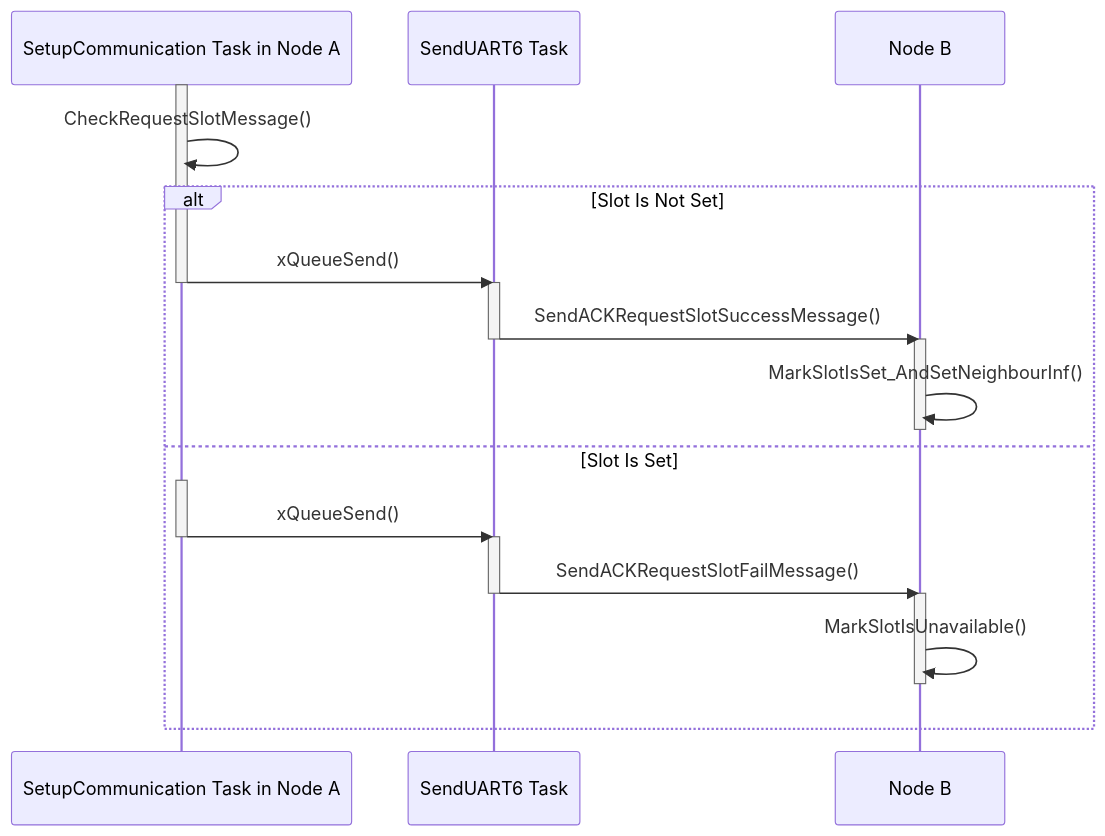
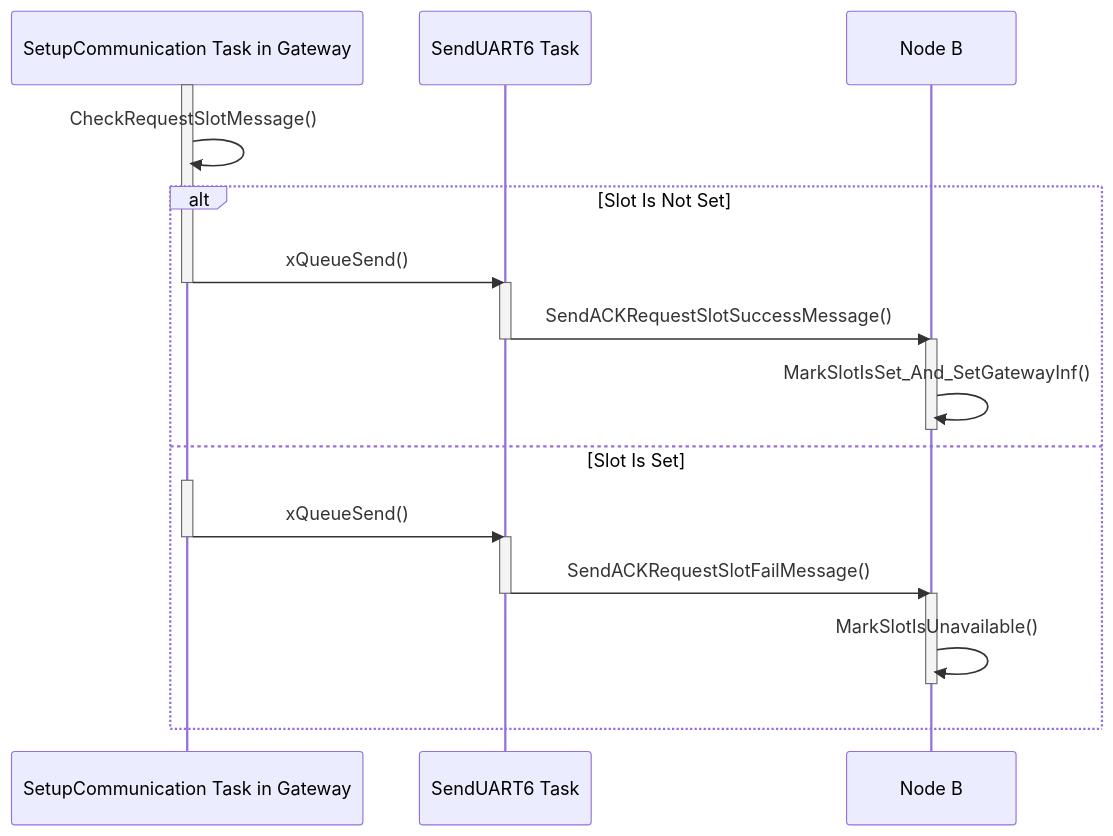
The third of 4 diagrams in ReadMe/task_setup_communication.md (NguyenHoangTrieu/PROJECT01), drawn with Mermaid before and after one commit. The commit also changed other lines of this file and 3 other files, not shown here.

````diff
--- a/ReadMe/task_setup_communication.md
+++ b/ReadMe/task_setup_communication.md
@@ -56,28 +56,28 @@
 ```mermaid
 sequenceDiagram
-    participant Setup as SetupCommunication Task in Node A
+    participant Setup as SetupCommunication Task in Gateway
     participant Send as SendUART6 Task
     participant NodeB as Node B
     activate Setup
     Setup ->> Setup: CheckRequestSlotMessage()
     alt Slot Is Not Set
         Setup ->> Send: xQueueSend()
         deactivate Setup
         activate Send
         Send ->> NodeB: SendACKRequestSlotSuccessMessage()
         deactivate Send
         activate NodeB
-        NodeB ->> NodeB: MarkSlotIsSet_AndSetNeighbourInf()
+        NodeB ->> NodeB: MarkSlotIsSet_And_SetGatewayInf()
         deactivate NodeB
     else Slot Is Set
         activate Setup
         Setup ->> Send: xQueueSend()
         deactivate Setup
         activate Send
         Send ->> NodeB: SendACKRequestSlotFailMessage()
         deactivate Send
         activate NodeB
         NodeB ->> NodeB: MarkSlotIsUnavailable()
         deactivate NodeB
     end
 ```
````
